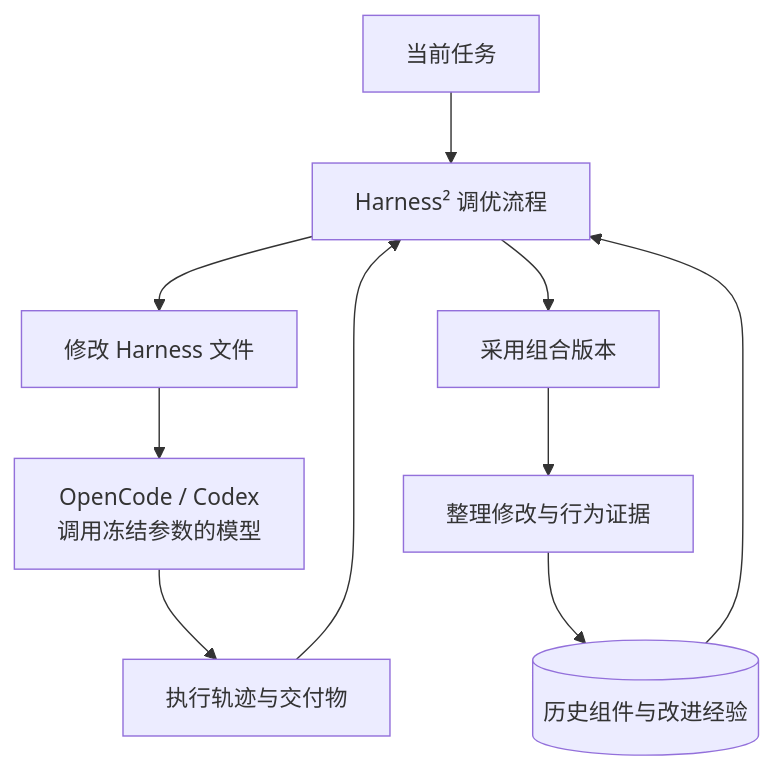
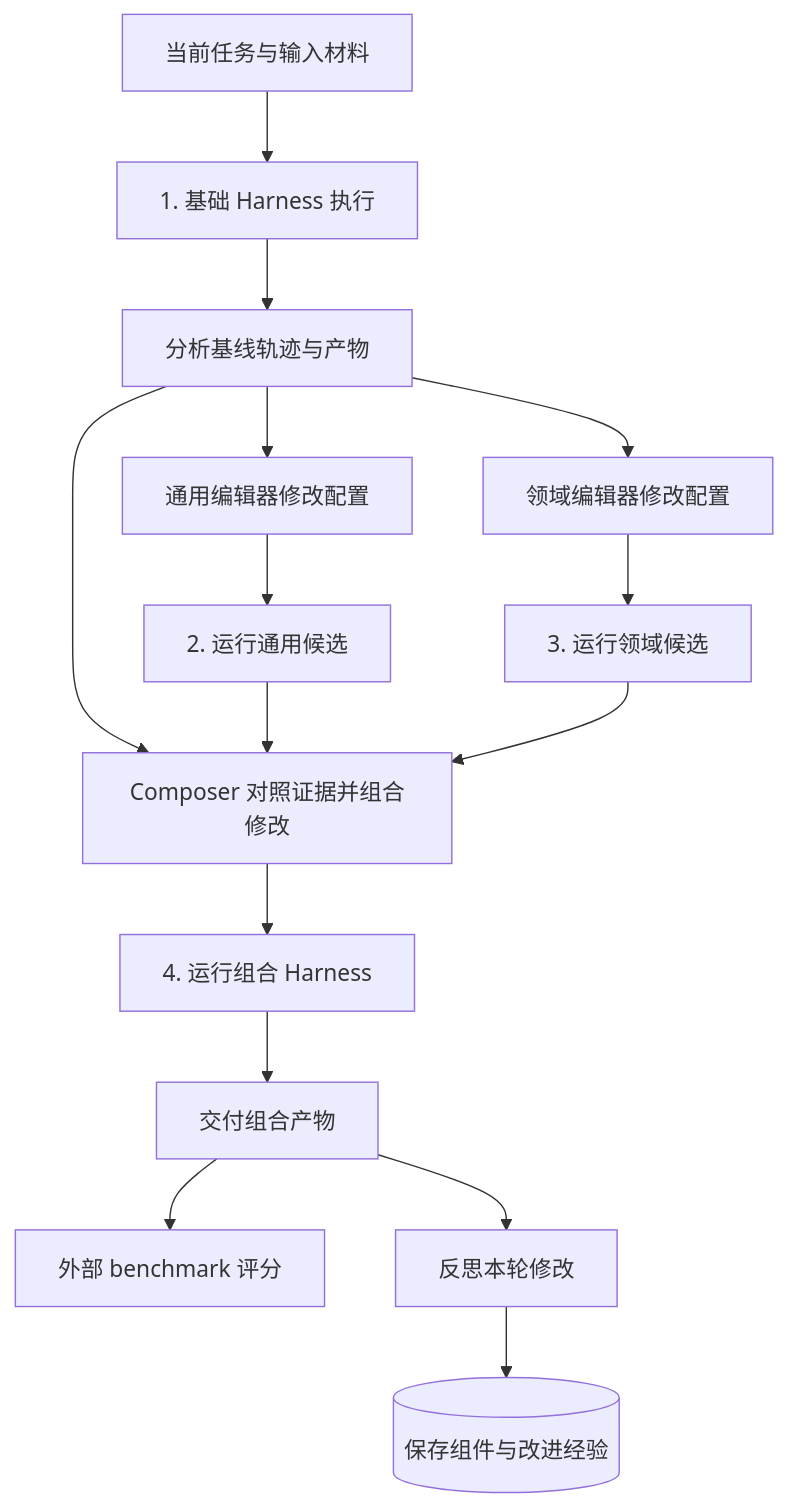
One commit to Trashwbin/quill changed the first of 2 diagrams in content/zh/posts/harness2-agent-harness-optimization.md. Above: the diagram before and after it, drawn with Mermaid. The commit also changed other lines of this file, not shown here.

Commit message:
docs: refine Harness2 article flow and objective analysis

````diff
--- a/content/zh/posts/harness2-agent-harness-optimization.md
+++ b/content/zh/posts/harness2-agent-harness-optimization.md
@@ -27,12 +40,17 @@
 ```mermaid
 flowchart TD
-    Task["当前任务"] --> Improve["Harness² 调优流程"]
-    Library[("历史组件与改进经验")] --> Improve
-    Improve --> Files["修改 Harness 文件"]
-    Files --> Runtime["OpenCode / Codex<br/>调用冻结参数的模型"]
-    Runtime --> Evidence["执行轨迹与交付物"]
-    Evidence --> Improve
-    Improve --> Adopt["采用组合版本"]
-    Adopt --> Reflect["整理修改与行为证据"]
-    Reflect --> Library
+    Task["当前任务与输入材料"] --> Base["1. 基础 Harness 执行"]
+    Base --> Evidence["分析基线轨迹与产物"]
+    Evidence --> INV["通用编辑器修改配置"]
+    Evidence --> DOM["领域编辑器修改配置"]
+    INV --> ProbeI["2. 运行通用候选"]
+    DOM --> ProbeD["3. 运行领域候选"]
+    Evidence --> Compose["Composer 对照证据并组合修改"]
+    ProbeI --> Compose
+    ProbeD --> Compose
+    Compose --> Run["4. 运行组合 Harness"]
+    Run --> Result["交付组合产物"]
+    Result --> Eval["外部 benchmark 评分"]
+    Result --> Reflect["反思本轮修改"]
+    Reflect --> Library[("保存组件与改进经验")]
 ```
````
